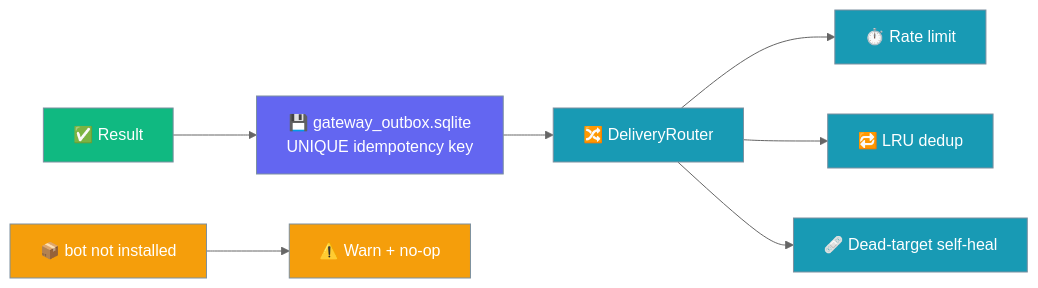
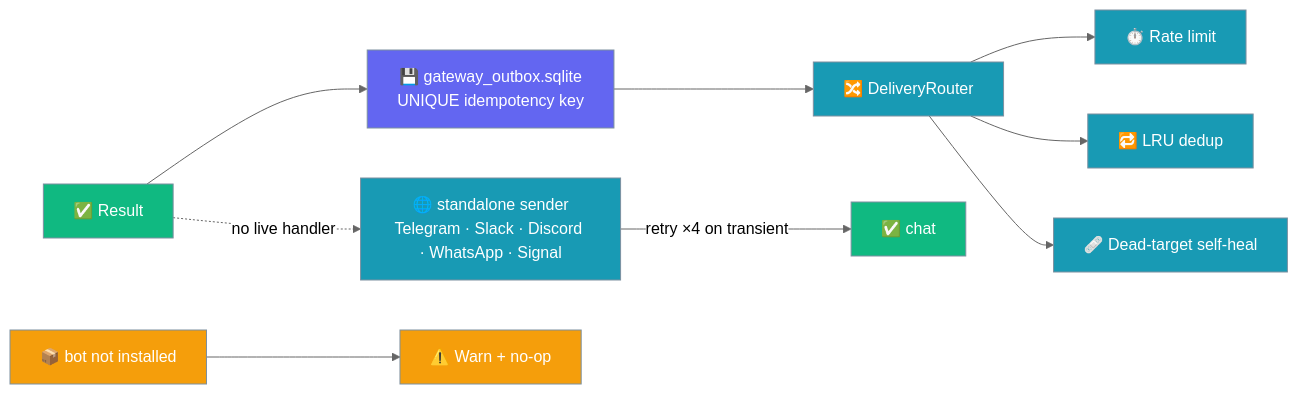
Before and after one commit to MervinPraison/PraisonAIDocs: diagram 15 of 15 in docs/features/scheduler-delivery.mdx, drawn with Mermaid (neutral theme). The commit also changed other lines of this file and 3 other files, not shown here.

First line of the commit message:
docs: standalone WhatsApp + Signal senders and bounded retry for scheduler delivery (fixes #3034)

````diff
--- a/docs/features/scheduler-delivery.mdx
+++ b/docs/features/scheduler-delivery.mdx
@@ -910,19 +962,21 @@
 ```mermaid
 graph LR
     Result[✅ Result] --> Outbox[💾 gateway_outbox.sqlite\nUNIQUE idempotency key]
     Outbox --> Router[🔀 DeliveryRouter]
     Router --> Rate[⏱️ Rate limit]
     Router --> Dedup[🔁 LRU dedup]
     Router --> Heal[🩹 Dead-target self-heal]
+    Result -. no live handler .-> Standalone[🌐 standalone sender<br/>Telegram · Slack · Discord · WhatsApp · Signal]
+    Standalone -- retry ×4 on transient --> Chat[✅ chat]
     Missing[📦 bot not installed] --> NoOp[⚠️ Warn + no-op]
 
     classDef ok fill:#10B981,stroke:#7C90A0,color:#fff
     classDef proc fill:#189AB4,stroke:#7C90A0,color:#fff
     classDef store fill:#6366F1,stroke:#7C90A0,color:#fff
     classDef warn fill:#F59E0B,stroke:#7C90A0,color:#fff
 
-    class Result ok
-    class Router,Rate,Dedup,Heal proc
+    class Result,Chat ok
+    class Router,Rate,Dedup,Heal,Standalone proc
     class Outbox store
     class Missing,NoOp warn
 ```
````
